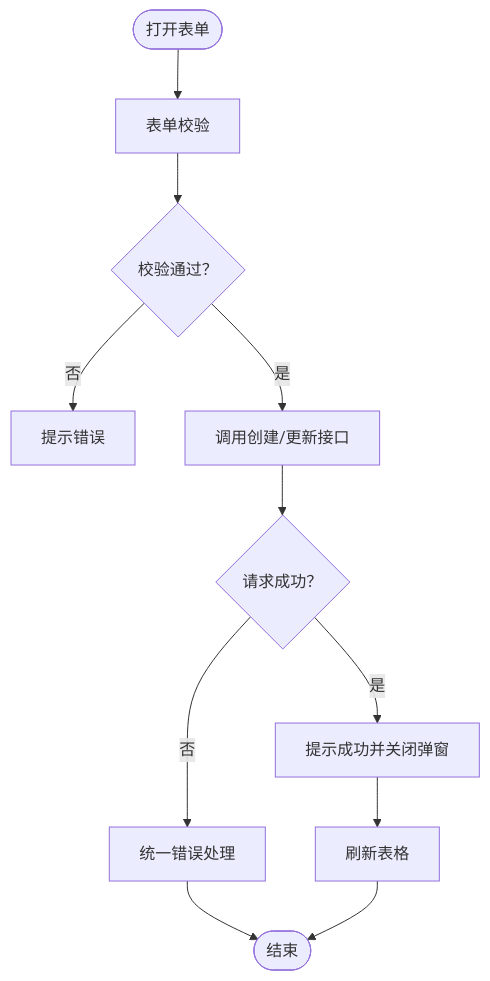
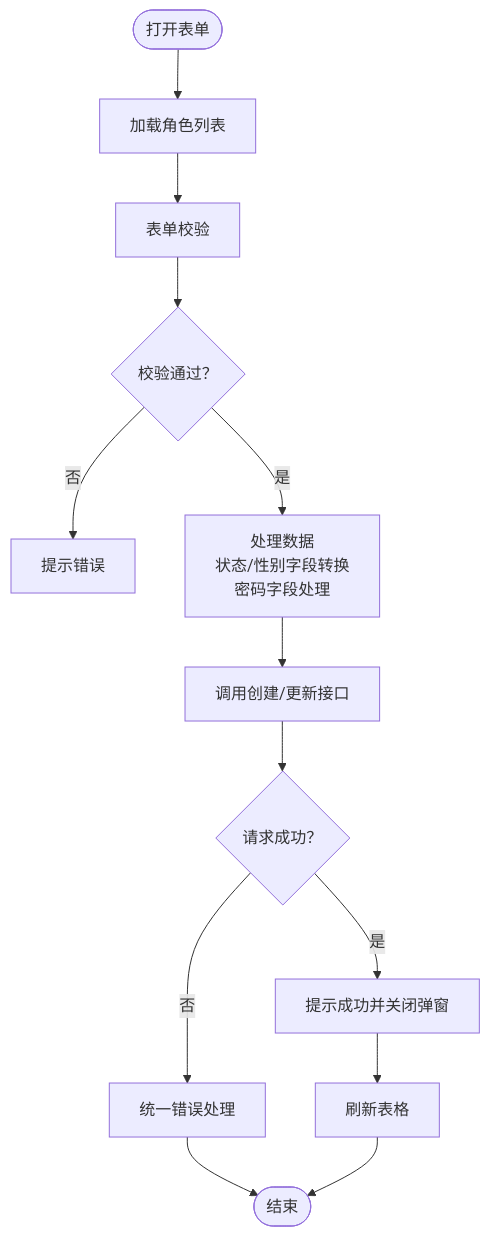
Before and after one commit to ShiRuYu/shiyu-ui: the fourth of 5 diagrams in .qoder/repowiki/zh/content/API 通信层/API 模块组织/系统管理 API 模块/用户管理 API.md, drawn with Mermaid. The commit also changed other lines of this file and 37 other files, not shown here.

````diff
--- a/.qoder/repowiki/zh/content/API 通信层/API 模块组织/系统管理 API 模块/用户管理 API.md
+++ b/.qoder/repowiki/zh/content/API 通信层/API 模块组织/系统管理 API 模块/用户管理 API.md
@@ -347,13 +418,15 @@
 ```mermaid
 flowchart TD
-Open(["打开表单"]) --> Validate["表单校验"]
+Open(["打开表单"]) --> LoadRoles["加载角色列表"]
+LoadRoles --> Validate["表单校验"]
 Validate --> Valid{"校验通过？"}
 Valid --> |否| ShowError["提示错误"]
-Valid --> |是| Submit["调用创建/更新接口"]
+Valid --> |是| ProcessData["处理数据<br/>状态/性别字段转换<br/>密码字段处理"]
+ProcessData --> Submit["调用创建/更新接口"]
 Submit --> Success{"请求成功？"}
 Success --> |是| Notify["提示成功并关闭弹窗"]
 Success --> |否| HandleError["统一错误处理"]
 Notify --> Refresh["刷新表格"]
 HandleError --> End(["结束"])
 Refresh --> End
 ```
````
